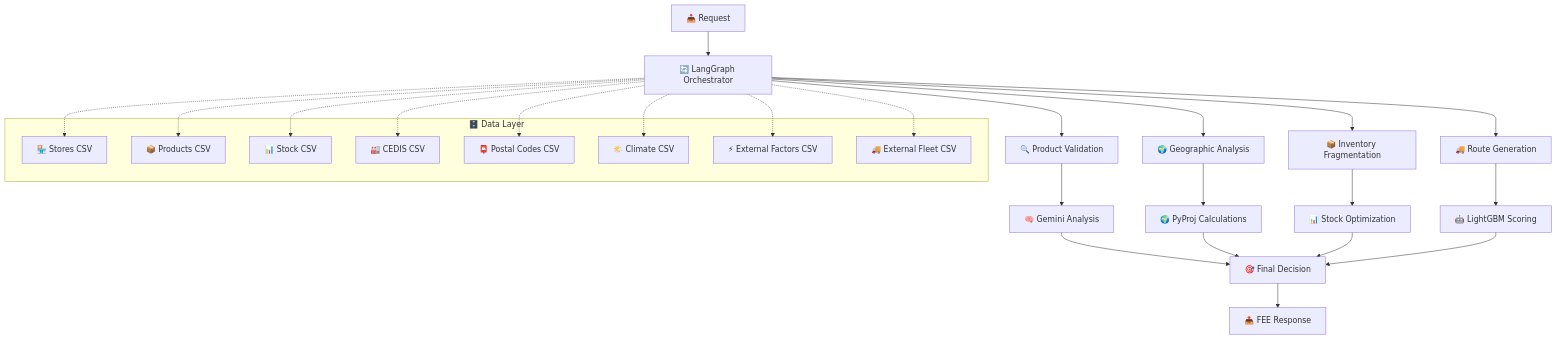
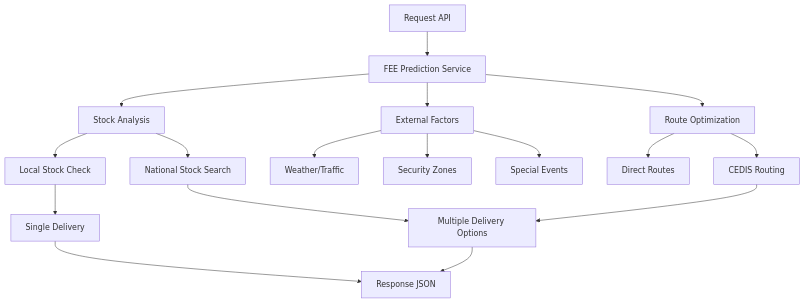
Before and after one commit to imartinezt/Logistica_demo-: the diagram in README.md, drawn with Mermaid. The commit also changed other lines of this file, not shown here.

````diff
--- a/README.md
+++ b/README.md
@@ -59,40 +39,24 @@
 ```mermaid
-graph TB
-    A[📥 Request] --> B[🔄 LangGraph Orchestrator]
-    B --> C[🔍 Product Validation]
-    B --> D[🌍 Geographic Analysis]
-    B --> E[📦 Inventory Fragmentation]
-    B --> F[🚚 Route Generation]
+graph TD
+    A[Request API] --> B[FEE Prediction Service]
+    B --> C[Stock Analysis]
+    B --> D[External Factors]
+    B --> E[Route Optimization]
     
-    C --> G[🧠 Gemini Analysis]
-    D --> H[🌍 PyProj Calculations]
-    E --> I[📊 Stock Optimization]
-    F --> J[🤖 LightGBM Scoring]
+    C --> F[Local Stock Check]
+    C --> G[National Stock Search]
     
-    G --> K[🎯 Final Decision]
-    H --> K
-    I --> K
-    J --> K
+    D --> H[Weather/Traffic]
+    D --> I[Security Zones]
+    D --> J[Special Events]
     
-    K --> L[📤 FEE Response]
+    E --> K[Direct Routes]
+    E --> L[CEDIS Routing]
     
-    subgraph "🗄️ Data Layer"
-        M[🏪 Stores CSV]
-        N[📦 Products CSV]
-        O[📊 Stock CSV]
-        P[🏭 CEDIS CSV]
-        Q[📮 Postal Codes CSV]
-        R[🌤️ Climate CSV]
-        S[⚡ External Factors CSV]
-        T[🚚 External Fleet CSV]
-    end
+    F --> M[Single Delivery]
+    G --> N[Multiple Delivery Options]
+    L --> N
     
-    B -.-> M
-    B -.-> N
-    B -.-> O
-    B -.-> P
-    B -.-> Q
-    B -.-> R
-    B -.-> S
-    B -.-> T
+    M --> O[Response JSON]
+    N --> O
 ```
````
